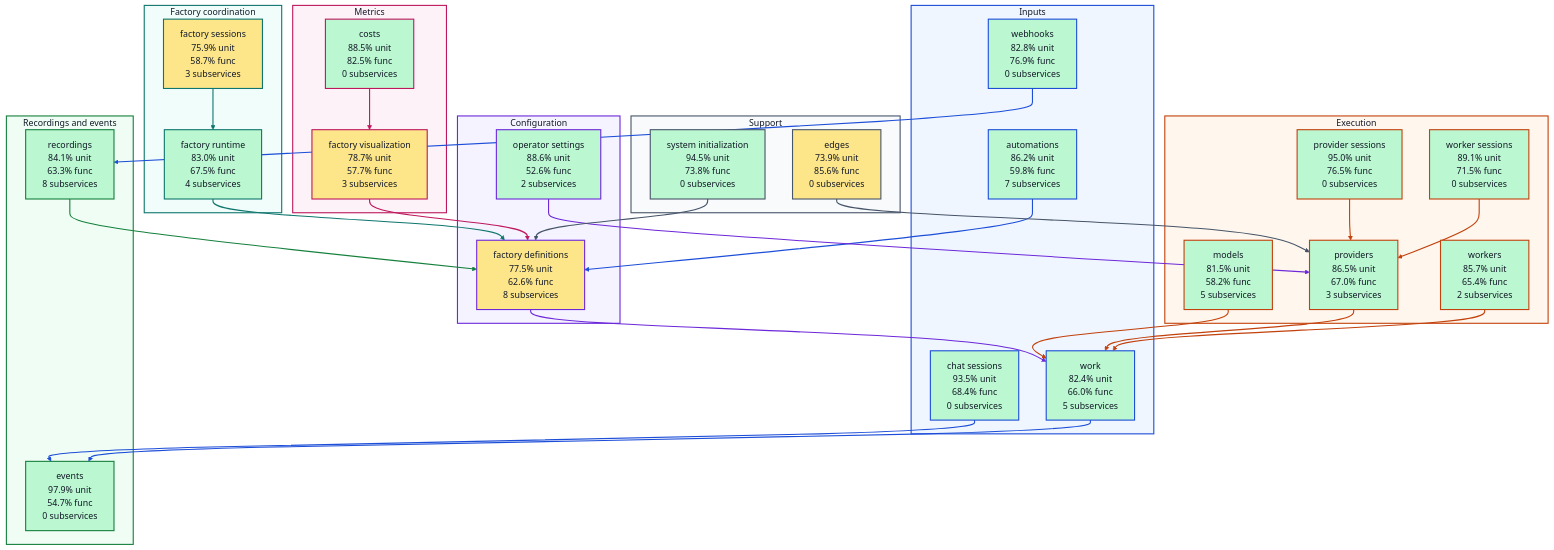
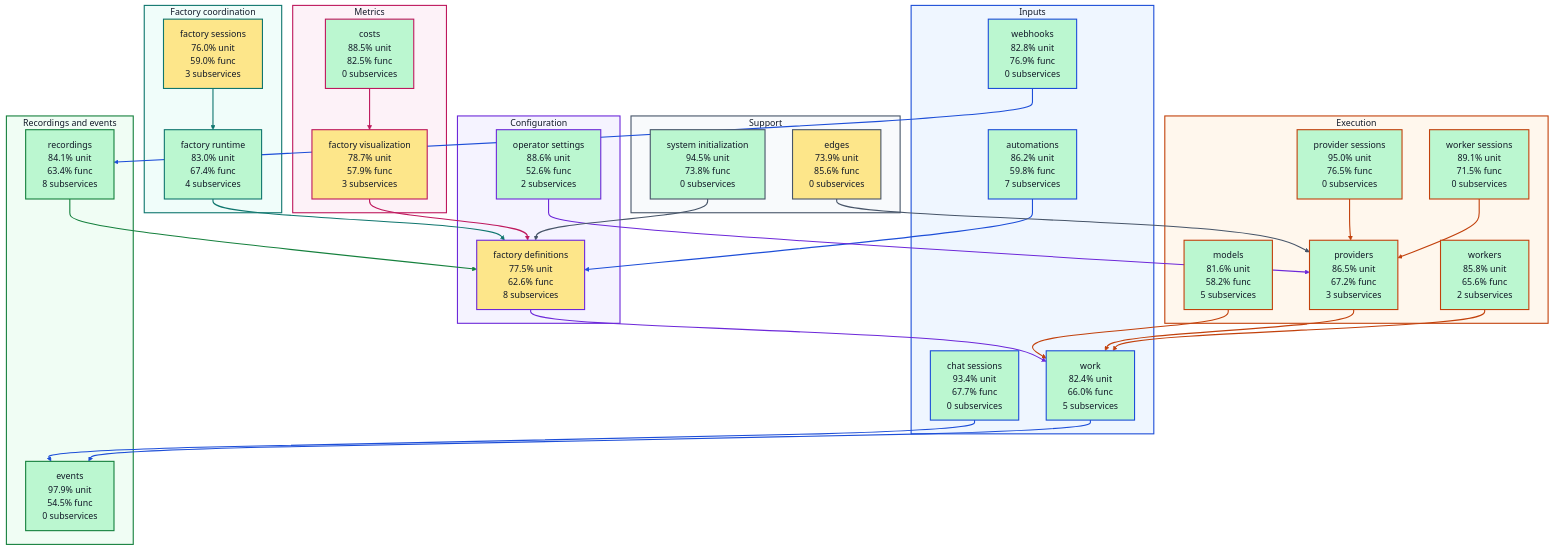
Before and after one commit to portpowered/you-agent-factory: the diagram in docs/architecture/visualizations/high-level-test-coverage.md, drawn with Mermaid. The commit also changed other lines of this file and 20 other files, not shown here.

Commit message:
docs: refresh backend architecture visualizations

```diff
--- a/docs/architecture/visualizations/high-level-test-coverage.md
+++ b/docs/architecture/visualizations/high-level-test-coverage.md
@@ -12,7 +12,7 @@
 flowchart TB
   subgraph input["Inputs"]
     s_services_automations["automations<br/>86.2% unit<br/>59.8% func<br/>7 subservices"]
-    s_services_chat_sessions["chat sessions<br/>93.5% unit<br/>68.4% func<br/>0 subservices"]
+    s_services_chat_sessions["chat sessions<br/>93.4% unit<br/>67.7% func<br/>0 subservices"]
     s_services_webhooks["webhooks<br/>82.8% unit<br/>76.9% func<br/>0 subservices"]
     s_services_work["work<br/>82.4% unit<br/>66.0% func<br/>5 subservices"]
   end
@@ -21,23 +21,23 @@
     s_services_operator_settings["operator settings<br/>88.6% unit<br/>52.6% func<br/>2 subservices"]
   end
   subgraph coordination["Factory coordination"]
-    s_services_factory_runtime["factory runtime<br/>83.0% unit<br/>67.5% func<br/>4 subservices"]
-    s_services_factory_sessions["factory sessions<br/>75.9% unit<br/>58.7% func<br/>3 subservices"]
+    s_services_factory_runtime["factory runtime<br/>83.0% unit<br/>67.4% func<br/>4 subservices"]
+    s_services_factory_sessions["factory sessions<br/>76.0% unit<br/>59.0% func<br/>3 subservices"]
   end
   subgraph execution["Execution"]
-    s_services_models["models<br/>81.5% unit<br/>58.2% func<br/>5 subservices"]
+    s_services_models["models<br/>81.6% unit<br/>58.2% func<br/>5 subservices"]
     s_services_provider_sessions["provider sessions<br/>95.0% unit<br/>76.5% func<br/>0 subservices"]
-    s_services_providers["providers<br/>86.5% unit<br/>67.0% func<br/>3 subservices"]
+    s_services_providers["providers<br/>86.5% unit<br/>67.2% func<br/>3 subservices"]
     s_services_worker_sessions["worker sessions<br/>89.1% unit<br/>71.5% func<br/>0 subservices"]
-    s_services_workers["workers<br/>85.7% unit<br/>65.4% func<br/>2 subservices"]
+    s_services_workers["workers<br/>85.8% unit<br/>65.6% func<br/>2 subservices"]
   end
   subgraph recordings["Recordings and events"]
-    s_services_events["events<br/>97.9% unit<br/>54.7% func<br/>0 subservices"]
-    s_services_recordings["recordings<br/>84.1% unit<br/>63.3% func<br/>8 subservices"]
+    s_services_events["events<br/>97.9% unit<br/>54.5% func<br/>0 subservices"]
+    s_services_recordings["recordings<br/>84.1% unit<br/>63.4% func<br/>8 subservices"]
   end
   subgraph metrics["Metrics"]
     s_services_costs["costs<br/>88.5% unit<br/>82.5% func<br/>0 subservices"]
-    s_services_factory_visualization["factory visualization<br/>78.7% unit<br/>57.7% func<br/>3 subservices"]
+    s_services_factory_visualization["factory visualization<br/>78.7% unit<br/>57.9% func<br/>3 subservices"]
   end
   subgraph support["Support"]
     s_services_edges["edges<br/>73.9% unit<br/>85.6% func<br/>0 subservices"]
```
